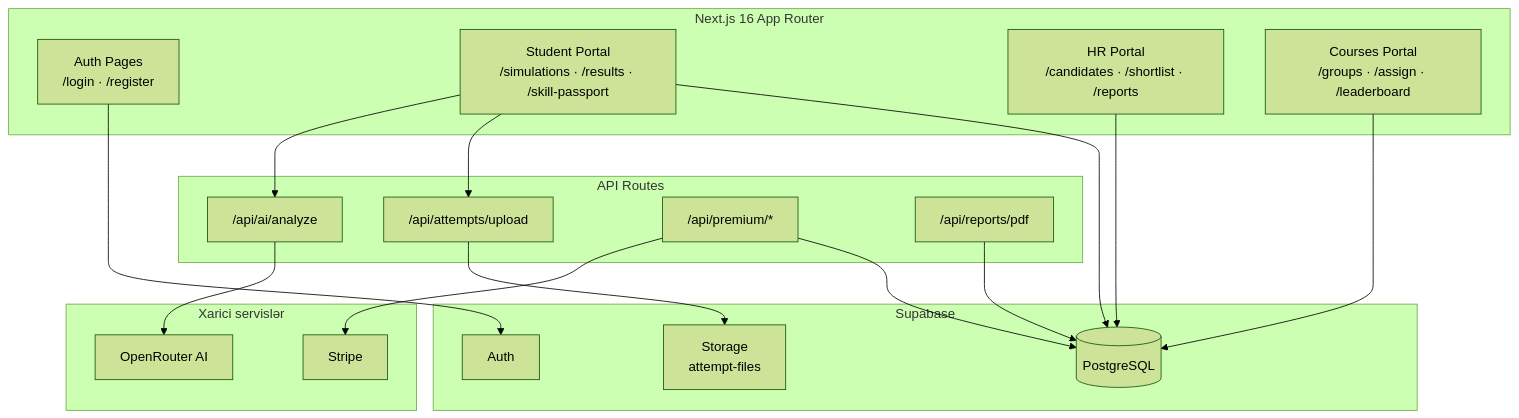
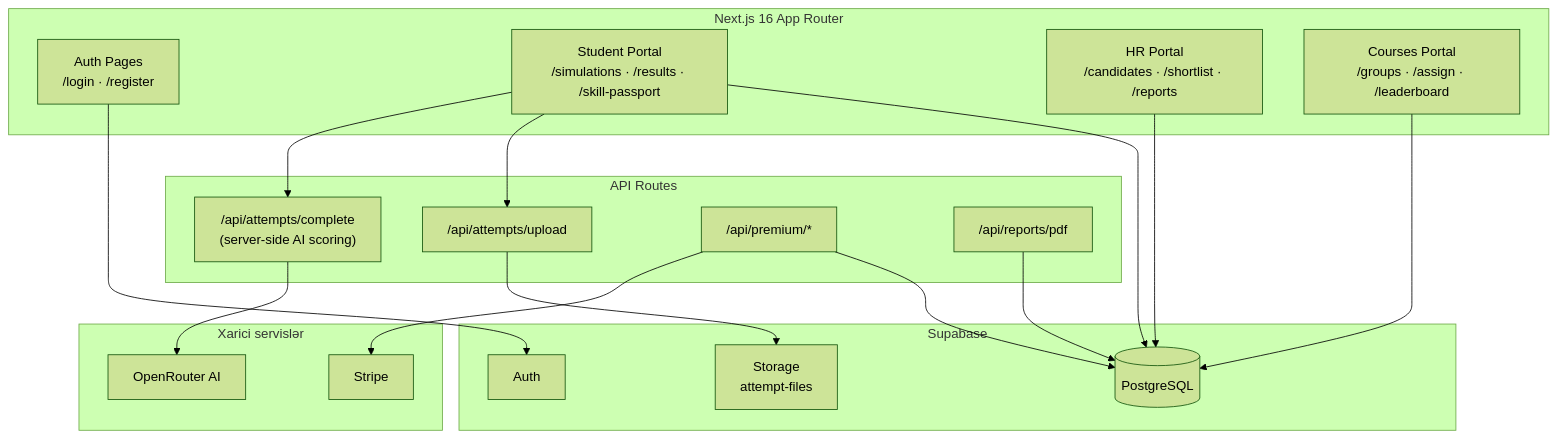
One commit to Nemet2006/jobsim-ai changed the first of 3 diagrams in README.md. Above: the diagram before and after it, drawn with Mermaid (forest theme). The commit also changed other lines of this file and 42 other files, not shown here.

````diff
--- a/README.md
+++ b/README.md
@@ -59,39 +61,39 @@
 ```mermaid
 flowchart TB
   subgraph Client["Next.js 16 App Router"]
     AUTH["Auth Pages\n/login · /register"]
     STU["Student Portal\n/simulations · /results · /skill-passport"]
     HR["HR Portal\n/candidates · /shortlist · /reports"]
     CRS["Courses Portal\n/groups · /assign · /leaderboard"]
   end
 
   subgraph API["API Routes"]
-    AI["/api/ai/analyze"]
+    AI["/api/attempts/complete\n(server-side AI scoring)"]
     UP["/api/attempts/upload"]
     PR["/api/premium/*"]
     PDF["/api/reports/pdf"]
   end
 
   subgraph Backend["Supabase"]
     PG[(PostgreSQL)]
     AUTH2[Auth]
     STG[Storage\nattempt-files]
   end
 
   subgraph External["Xarici servislər"]
     OR[OpenRouter AI]
     STR[Stripe]
   end
 
   AUTH --> AUTH2
   STU --> AI
   STU --> UP
   STU --> PG
   HR --> PG
   CRS --> PG
   AI --> OR
   UP --> STG
   PR --> STR
   PR --> PG
   PDF --> PG
 ```
````
